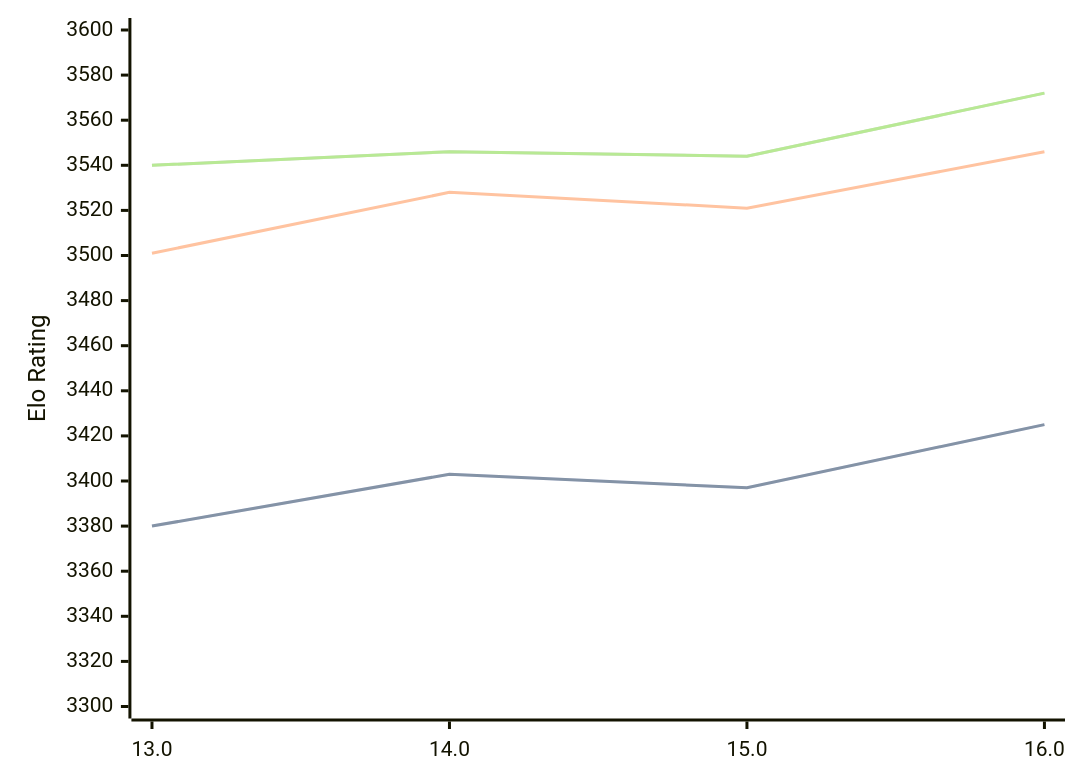
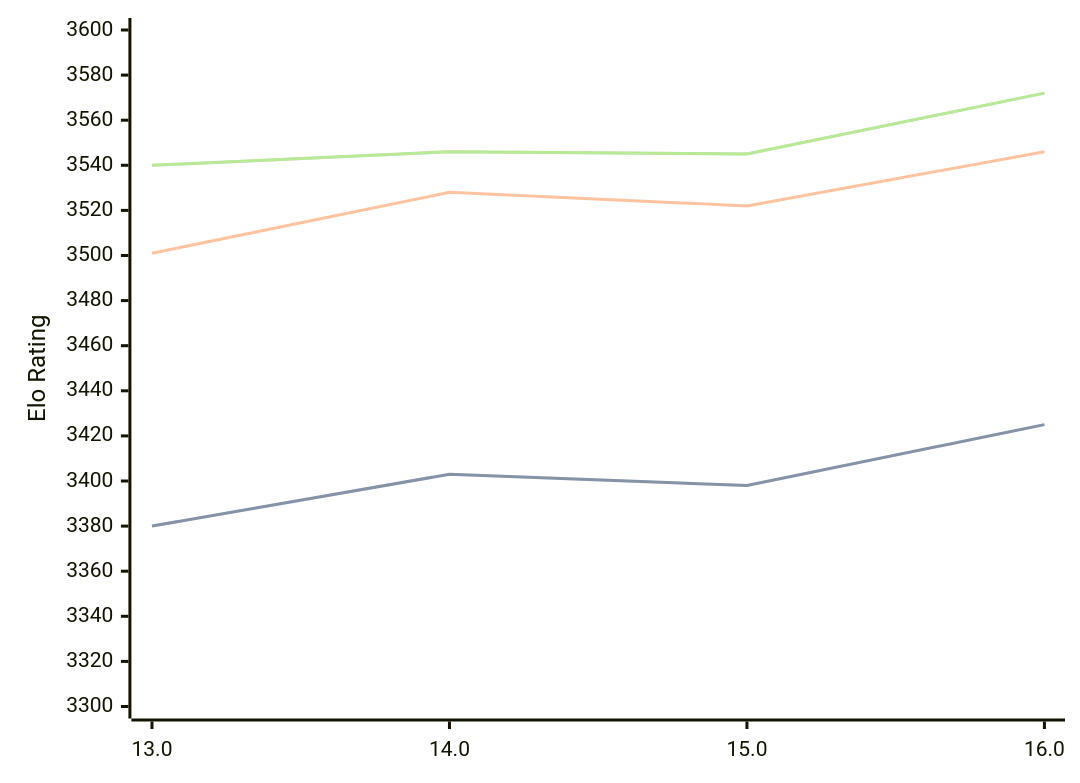
Before and after one commit to computer-chess-index/cci: the first of 3 diagrams in engines/Obsidian.md, drawn with Mermaid. The commit also changed other lines of this file, not shown here.

Commit message:
Update CCI Ratings (ELO VLTC) - 2026-07-08

````diff
--- a/engines/Obsidian.md
+++ b/engines/Obsidian.md
@@ -43,11 +43,11 @@
 ```mermaid
 %%{init: {"theme":"base","themeVariables":{"seriesColors:['#a3a3a3','#222221','#faa371']}}}%%
 xychart-beta
   x-axis ["13.0", "14.0", "15.0", "16.0"]
   y-axis "Elo Rating" 3300 --> 3600
-  line "STC (8.0+0.08s)" [3380, 3403, 3397, 3425]
-  line "STC (8.0+0.08s)" [3380, 3403, 3397, 3425]
-  line "LTC (60.0+0.60s)" [3501, 3528, 3521, 3546]
-  line "VLTC (2m24s+1.12s)" [3540, 3546, 3544, 3572]
-  line "VLTC (2m24s+1.12s)" [3540, 3546, 3544, 3572]
+  line "STC (8.0+0.08s)" [3380, 3403, 3398, 3425]
+  line "STC (8.0+0.08s)" [3380, 3403, 3398, 3425]
+  line "LTC (60.0+0.60s)" [3501, 3528, 3522, 3546]
+  line "VLTC (2m24s+1.12s)" [3540, 3546, 3545, 3572]
+  line "VLTC (2m24s+1.12s)" [3540, 3546, 3545, 3572]
 ```
````
